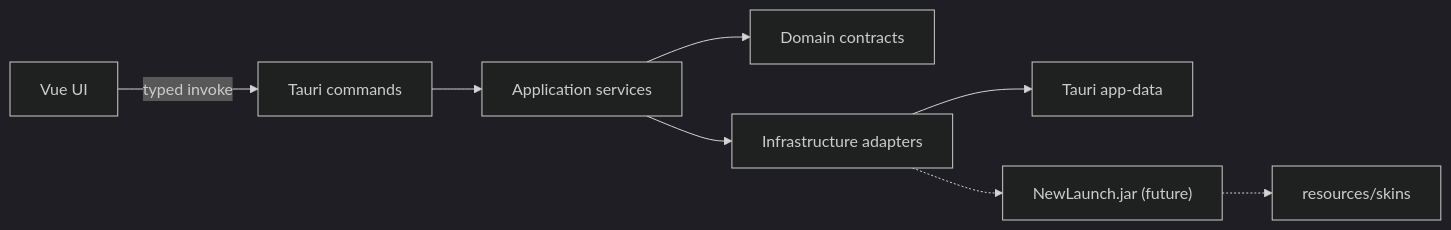
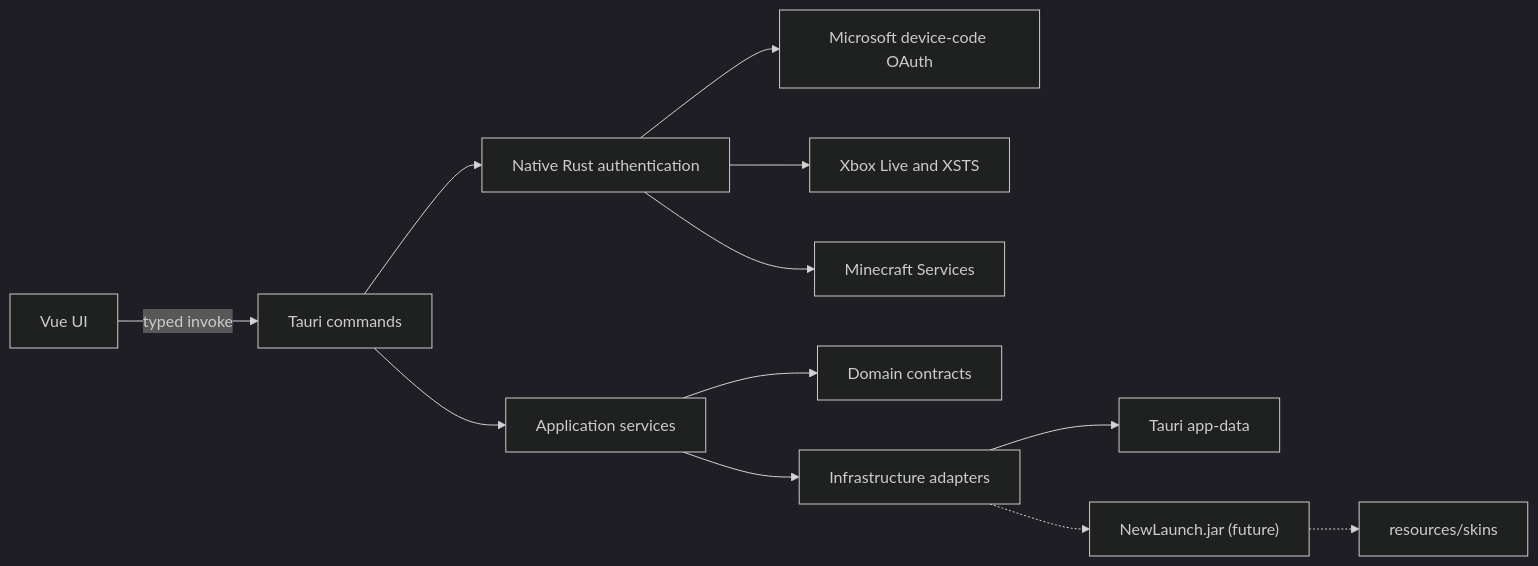
The diagram in launcher/docs/architecture.md (ne-utka/neutka_server), drawn with Mermaid (dark theme) before and after one commit. The commit also changed other lines of this file and 2 other files, not shown here.

Commit message:
Document launcher authentication and privacy

````diff
--- a/launcher/docs/architecture.md
+++ b/launcher/docs/architecture.md
@@ -11,10 +11,14 @@
 ```mermaid
 flowchart LR
     VueUI[Vue UI] -->|typed invoke| Commands[Tauri commands]
+    Commands --> Auth[Native Rust authentication]
+    Auth --> Microsoft[Microsoft device-code OAuth]
+    Auth --> Xbox[Xbox Live and XSTS]
+    Auth --> Minecraft[Minecraft Services]
     Commands --> Application[Application services]
     Application --> Domain[Domain contracts]
     Application --> Infrastructure[Infrastructure adapters]
     Infrastructure --> AppData["Tauri app-data"]
     Infrastructure -.-> JavaHelper["NewLaunch.jar (future)"]
     JavaHelper -.-> Skins[resources/skins]
 ```
````
